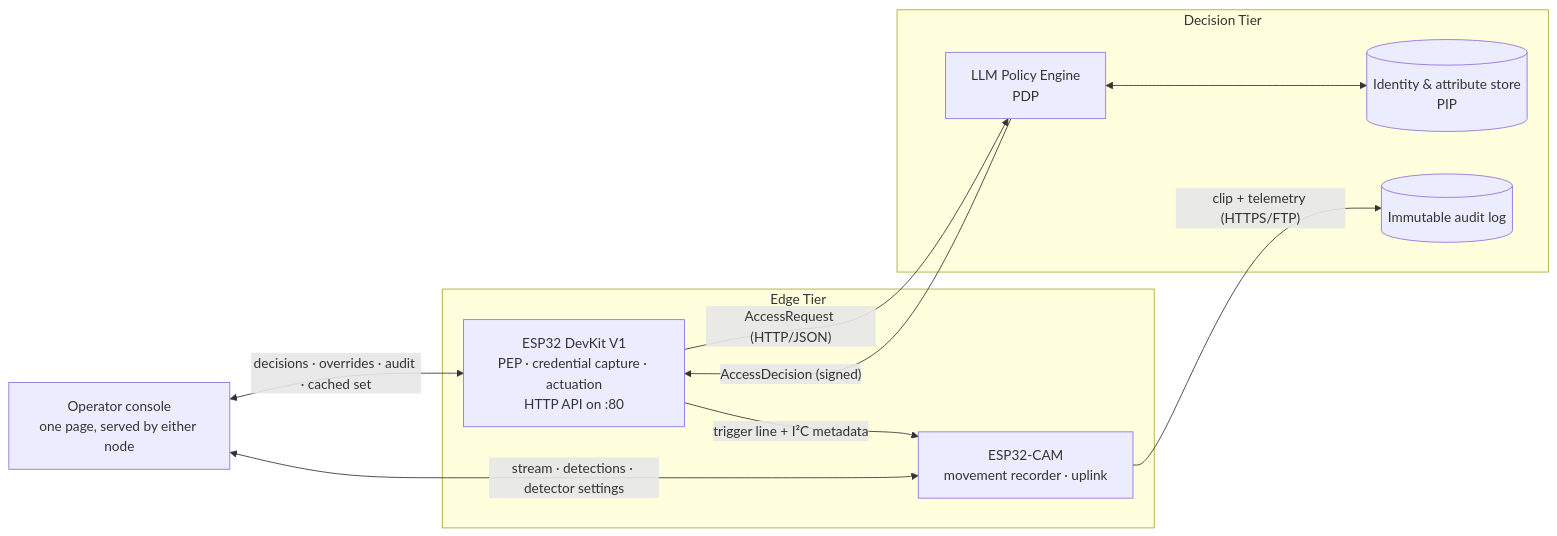
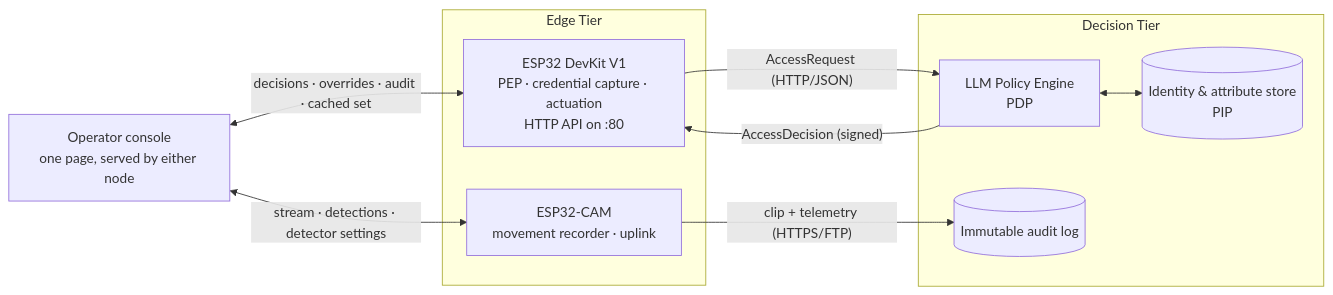
One commit to EMCISHackathon/iot-hardware changed the first of 2 diagrams in README.md. Above: the diagram before and after it, drawn with Mermaid. The commit also changed other lines of this file and 22 other files, not shown here.

Commit message:
fix: change the flow firmware.

````diff
--- a/README.md
+++ b/README.md
@@ -36,23 +36,22 @@
 ```mermaid
 flowchart LR
     subgraph Edge["Edge Tier"]
         A["ESP32 DevKit V1<br/>PEP · credential capture · actuation<br/>HTTP API on :80"]
         C["ESP32-CAM<br/>movement recorder · uplink"]
-        A -- "trigger line + I²C metadata" --> C
     end
 
     subgraph Cloud["Decision Tier"]
         P["LLM Policy Engine<br/>PDP"]
         D[("Identity & attribute store<br/>PIP")]
         L[("Immutable audit log")]
     end
 
     W["Operator console<br/>one page, served by either node"]
 
     A -- "AccessRequest (HTTP/JSON)" --> P
     P -- "AccessDecision (signed)" --> A
     C -- "clip + telemetry (HTTPS/FTP)" --> L
     W <-- "decisions · overrides · audit · cached set" --> A
     W <-- "stream · detections · detector settings" --> C
     P <--> D
 ```
````
